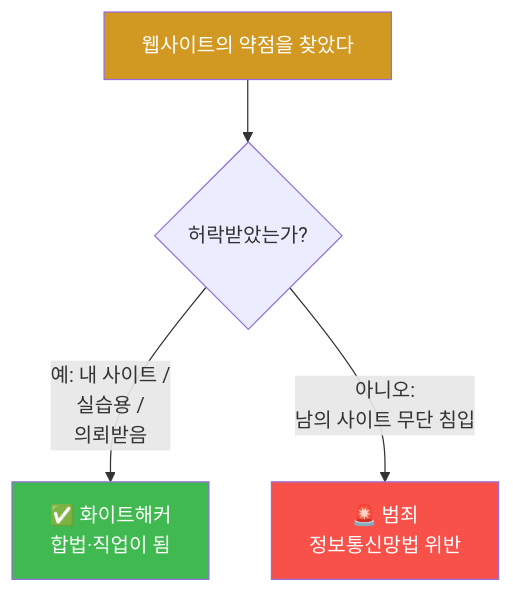
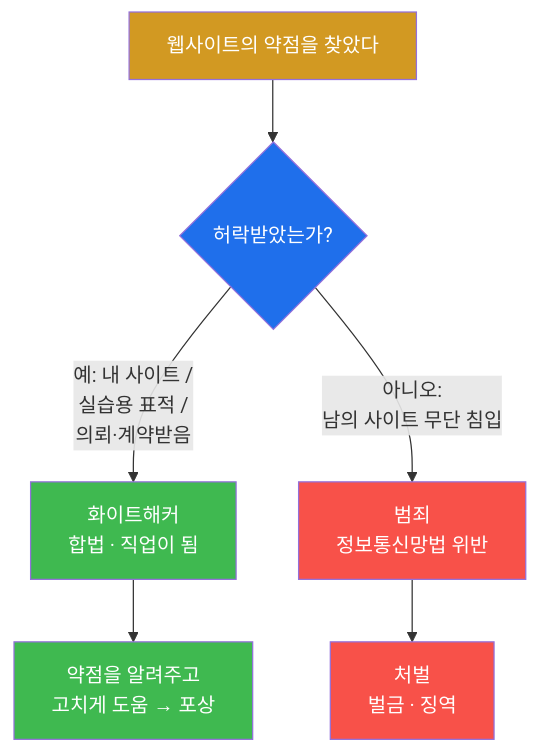
One commit to mrgrit/easy_web_hacking_class changed the third of 3 diagrams in contents/training/lecture_week01.md. Above: the diagram before and after it, drawn with Mermaid. The commit also changed other lines of this file and 23 other files, not shown here.

````diff
--- a/contents/training/lecture_week01.md
+++ b/contents/training/lecture_week01.md
@@ -163,9 +273,14 @@
 ```mermaid
 graph TD
     Q["웹사이트의 약점을 찾았다"] --> P{"허락받았는가?"}
-    P -->|"예: 내 사이트 /<br/>실습용 /<br/>의뢰받음"| W["✅ 화이트해커<br/>합법·직업이 됨"]
-    P -->|"아니오:<br/>남의 사이트 무단 침입"| C["🚨 범죄<br/>정보통신망법 위반"]
+    P -->|"예: 내 사이트 /<br/>실습용 표적 /<br/>의뢰·계약받음"| W["화이트해커<br/>합법 · 직업이 됨"]
+    P -->|"아니오:<br/>남의 사이트 무단 침입"| C["범죄<br/>정보통신망법 위반"]
+    W --> R["약점을 알려주고<br/>고치게 도움 → 포상"]
+    C --> J["처벌<br/>벌금 · 징역"]
     style Q fill:#d29922,color:#fff
+    style P fill:#1f6feb,color:#fff
     style W fill:#3fb950,color:#fff
+    style R fill:#3fb950,color:#fff
     style C fill:#f85149,color:#fff
+    style J fill:#f85149,color:#fff
 ```
````
